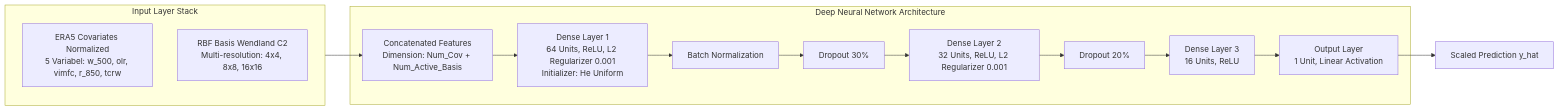
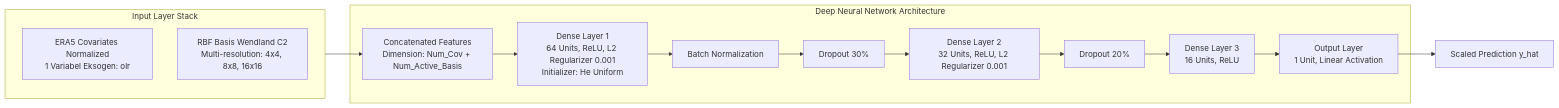
Before and after one commit to pxndameong/dk-2026: the second of 2 diagrams in README.md, drawn with Mermaid. The commit also changed other lines of this file, not shown here.

````diff
--- a/README.md
+++ b/README.md
@@ -58,20 +58,20 @@
 ```mermaid
 graph LR
     subgraph Input_Features [Input Layer Stack]
-        X1[ERA5 Covariates Normalized<br/>5 Variabel: w_500, olr, vimfc, r_850, tcrw]
+        X1[ERA5 Covariates Normalized<br/>1 Variabel Eksogen: olr]
         X2[RBF Basis Wendland C2<br/>Multi-resolution: 4x4, 8x8, 16x16]
     end
 
     subgraph DNN_Layers [Deep Neural Network Architecture]
         Input[Concatenated Features<br/>Dimension: Num_Cov + Num_Active_Basis] --> Dense1[Dense Layer 1<br/>64 Units, ReLU, L2 Regularizer 0.001<br/>Initializer: He Uniform]
         Dense1 --> BN[Batch Normalization]
         BN --> Drop1[Dropout 30%]
         Drop1 --> Dense2[Dense Layer 2<br/>32 Units, ReLU, L2 Regularizer 0.001]
         Dense2 --> Drop2[Dropout 20%]
         Drop2 --> Dense3[Dense Layer 3<br/>16 Units, ReLU]
         Dense3 --> Out[Output Layer<br/>1 Unit, Linear Activation]
     end
 
     Input_Features --> Input
     Out --> YPred[Scaled Prediction y_hat]
 ```
````
